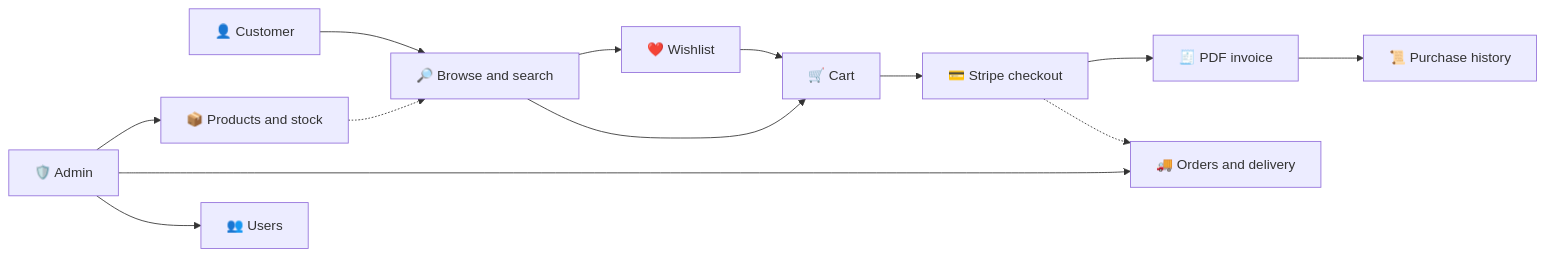
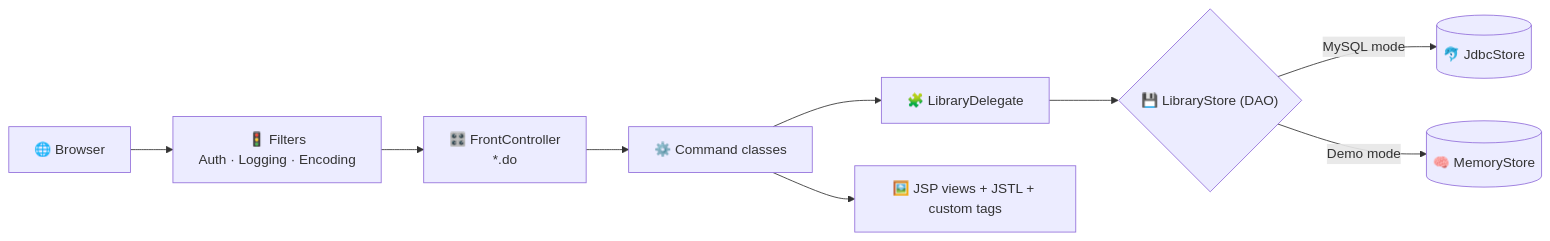
Before and after one commit to Isuru-CodeX/PowerRig: the first of 2 diagrams in README.md, drawn with Mermaid. The commit also changed other lines of this file, not shown here.

````diff
--- a/README.md
+++ b/README.md
@@ -85,15 +86,11 @@
 ```mermaid
 flowchart LR
-    A["👤 Customer"] --> B["🔎 Browse and search"]
-    B --> C["❤️ Wishlist"]
-    B --> D["🛒 Cart"]
-    C --> D
-    D --> E["💳 Stripe checkout"]
-    E --> F["🧾 PDF invoice"]
-    F --> G["📜 Purchase history"]
-    H["🛡️ Admin"] --> I["📦 Products and stock"]
-    H --> J["🚚 Orders and delivery"]
-    H --> K["👥 Users"]
-    I -.-> B
-    E -.-> J
+    A["🌐 Browser"] --> F["🚦 Filters<br/>Auth · Logging · Encoding"]
+    F --> B["🎛️ FrontController<br/>*.do"]
+    B --> C["⚙️ Command classes"]
+    C --> D["🧩 LibraryDelegate"]
+    D --> E{"💾 LibraryStore (DAO)"}
+    E -->|MySQL mode| G[("🐬 JdbcStore")]
+    E -->|Demo mode| H[("🧠 MemoryStore")]
+    C --> V["🖼️ JSP views + JSTL + custom tags"]
 ```
````
